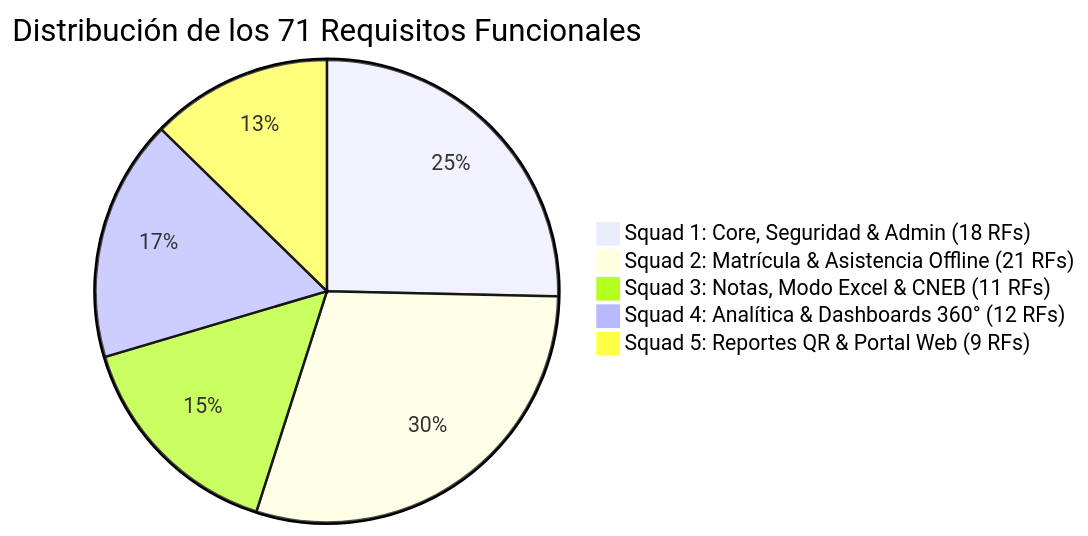
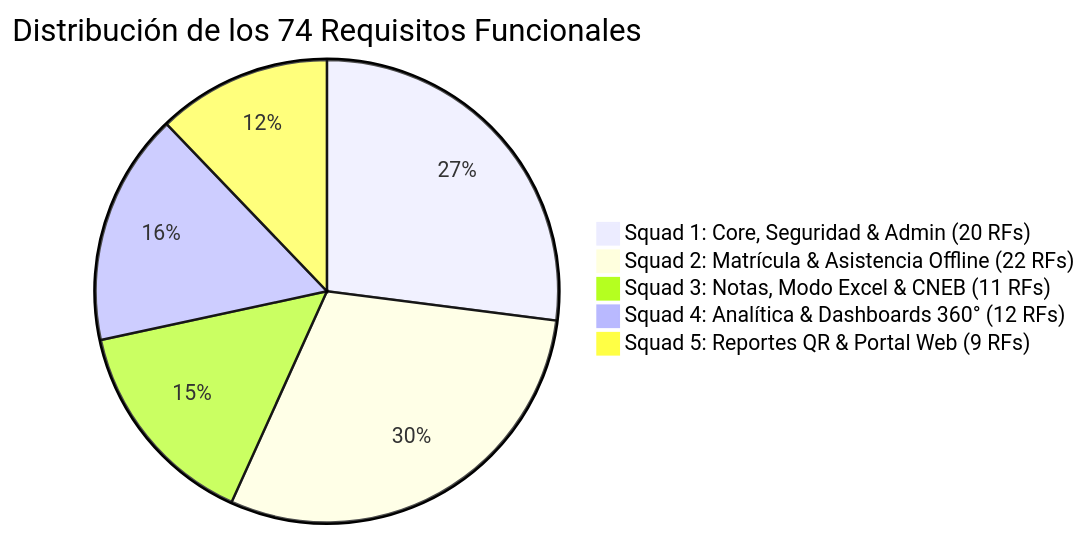
Before and after one commit to Eduardo-Sebastian-Paipay-Vega/school-management-system: the second of 3 diagrams in D - Base 1 - 01092026/Fase 2/Arquitectura/arquitectura_sistema.md, drawn with Mermaid. The commit also changed other lines of this file and 23 other files, not shown here.

````diff
--- a/D - Base 1 - 01092026/Fase 2/Arquitectura/arquitectura_sistema.md
+++ b/D - Base 1 - 01092026/Fase 2/Arquitectura/arquitectura_sistema.md
@@ -68,8 +68,8 @@
 ```mermaid
-pie title Distribución de los 71 Requisitos Funcionales
-    "Squad 1: Core, Seguridad & Admin (18 RFs)" : 18
-    "Squad 2: Matrícula & Asistencia Offline (21 RFs)" : 21
+pie title Distribución de los 74 Requisitos Funcionales
+    "Squad 1: Core, Seguridad & Admin (20 RFs)" : 20
+    "Squad 2: Matrícula & Asistencia Offline (22 RFs)" : 22
     "Squad 3: Notas, Modo Excel & CNEB (11 RFs)" : 11
     "Squad 4: Analítica & Dashboards 360° (12 RFs)" : 12
     "Squad 5: Reportes QR & Portal Web (9 RFs)" : 9
 ```
````
